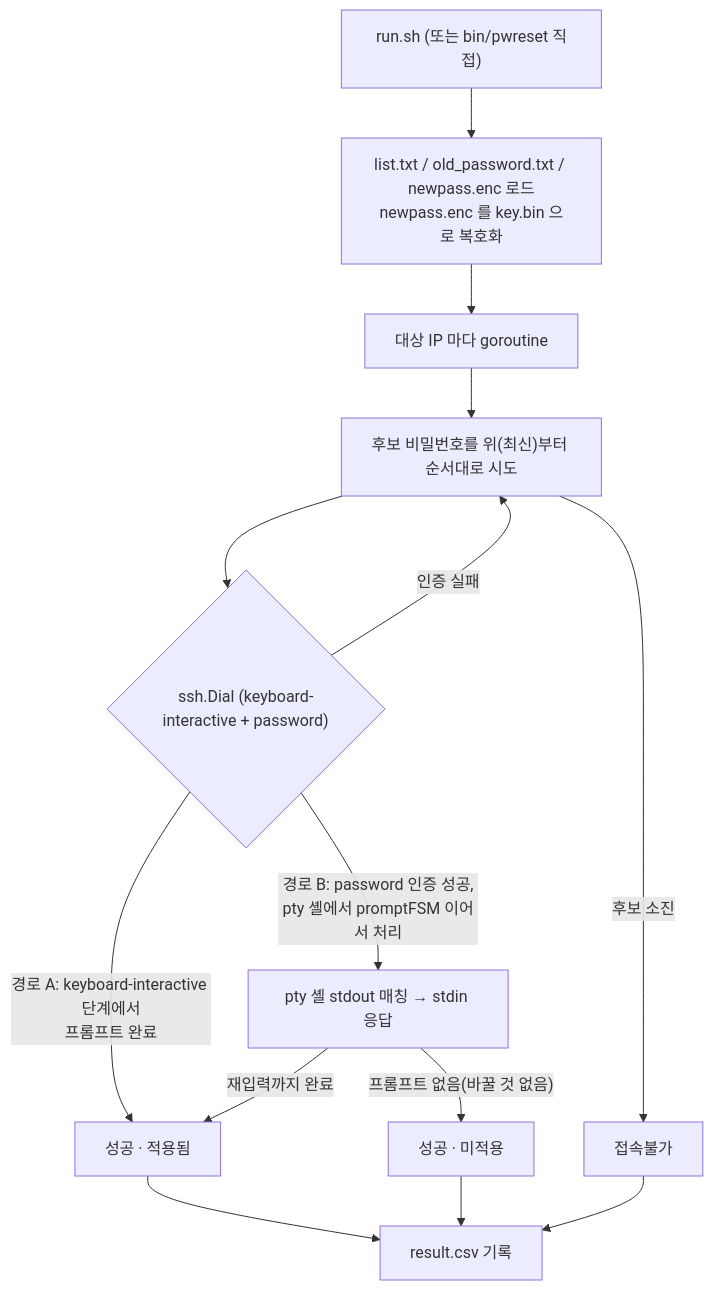
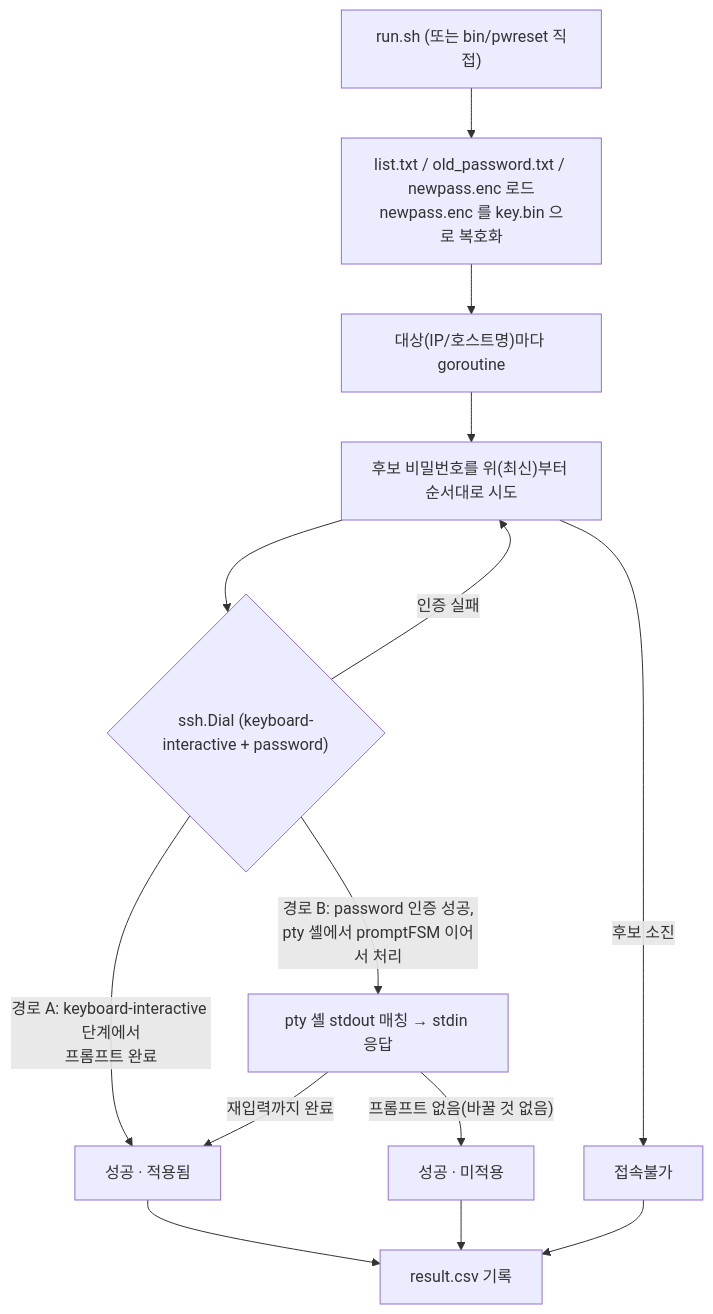
The diagram in ARCHITECTURE.md (qazx2675/myrepo), drawn with Mermaid before and after one commit. The commit also changed other lines of this file and 7 other files, not shown here.

````diff
--- a/ARCHITECTURE.md
+++ b/ARCHITECTURE.md
@@ -43,16 +43,16 @@
 ```mermaid
 flowchart TD
     A["run.sh (또는 bin/pwreset 직접)"] --> B["list.txt / old_password.txt / newpass.enc 로드<br/>newpass.enc 를 key.bin 으로 복호화"]
-    B --> C["대상 IP 마다 goroutine"]
+    B --> C["대상(IP/호스트명)마다 goroutine"]
     C --> D["후보 비밀번호를 위(최신)부터 순서대로 시도"]
     D --> E{"ssh.Dial (keyboard-interactive + password)"}
     E -->|"인증 실패"| D
     E -->|"경로 A: keyboard-interactive 단계에서<br/>프롬프트 완료"| G["성공 · 적용됨"]
     E -->|"경로 B: password 인증 성공,<br/>pty 셸에서 promptFSM 이어서 처리"| F["pty 셸 stdout 매칭 → stdin 응답"]
     F -->|"재입력까지 완료"| G
     F -->|"프롬프트 없음(바꿀 것 없음)"| H["성공 · 미적용"]
     D -->|"후보 소진"| I["접속불가"]
     G --> J["result.csv 기록"]
     H --> J
     I --> J
 ```
````
